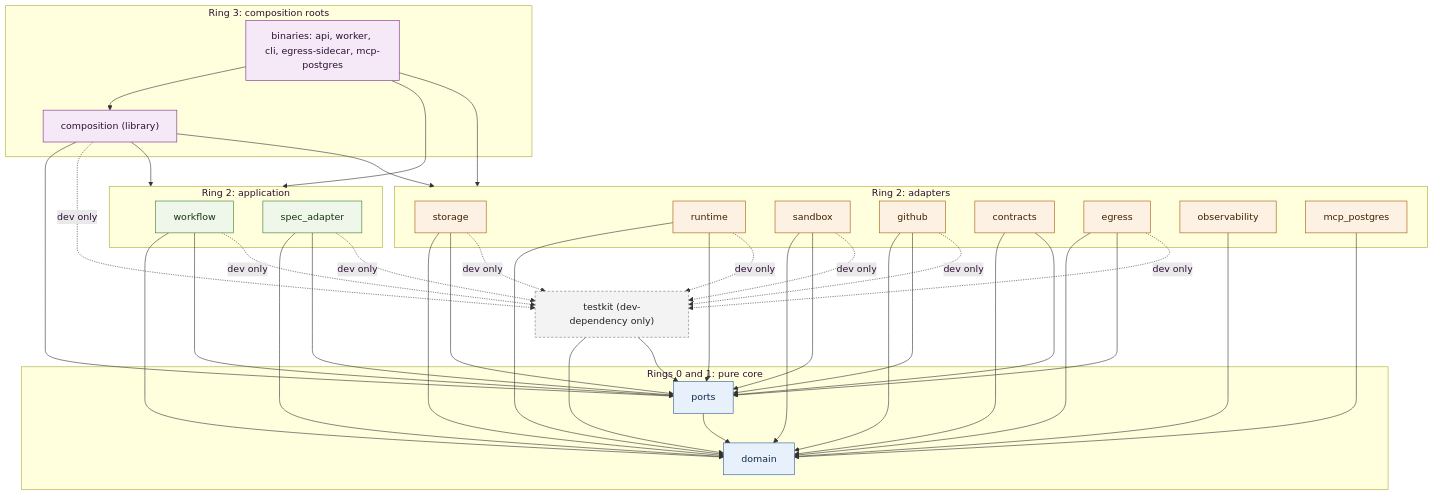
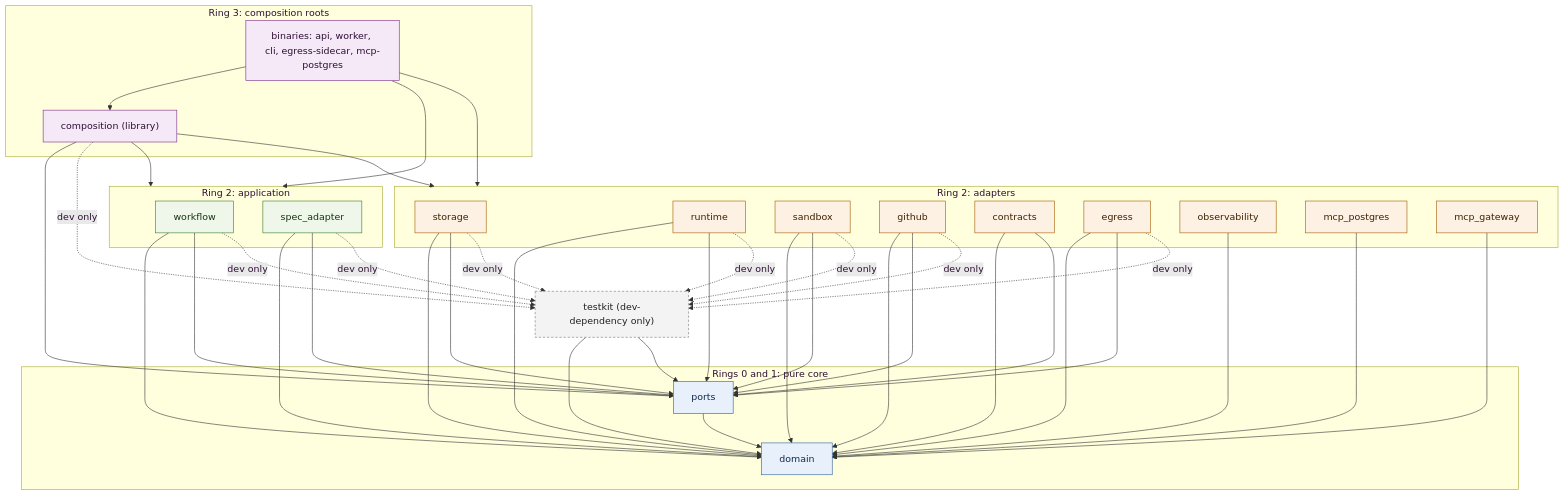
One commit to ortisun/bibo changed the fifth of 6 diagrams in docs/architecture/overview.md. Above: the diagram before and after it, drawn with Mermaid. The commit also changed other lines of this file and 14 other files, not shown here.

First line of the commit message:
Add the troubleshooter's MCP gateway crate

```diff
--- a/docs/architecture/overview.md
+++ b/docs/architecture/overview.md
@@ -151,6 +151,7 @@
     egress
     observability
     mcp_postgres
+    mcp_gateway
   end
   subgraph inner["Rings 0 and 1: pure core"]
     ports
@@ -182,6 +183,7 @@
   egress --> ports
   observability --> domain
   mcp_postgres --> domain
+  mcp_gateway --> domain
   testkit --> domain
   testkit --> ports
   workflow -. dev only .-> testkit
@@ -204,6 +206,7 @@
   class egress adapter;
   class observability adapter;
   class mcp_postgres adapter;
+  class mcp_gateway adapter;
   class testkit test;
   class apps root;
   class composition root;
```
